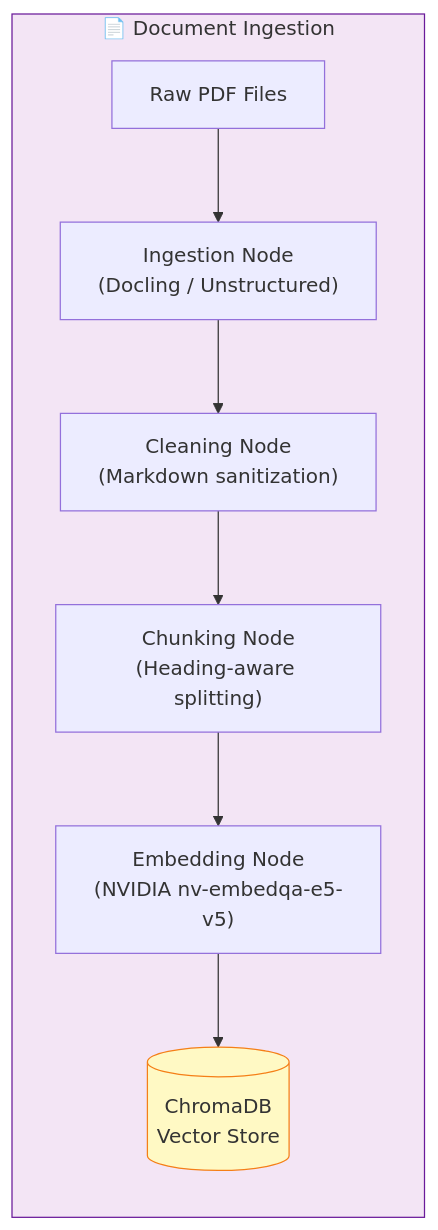
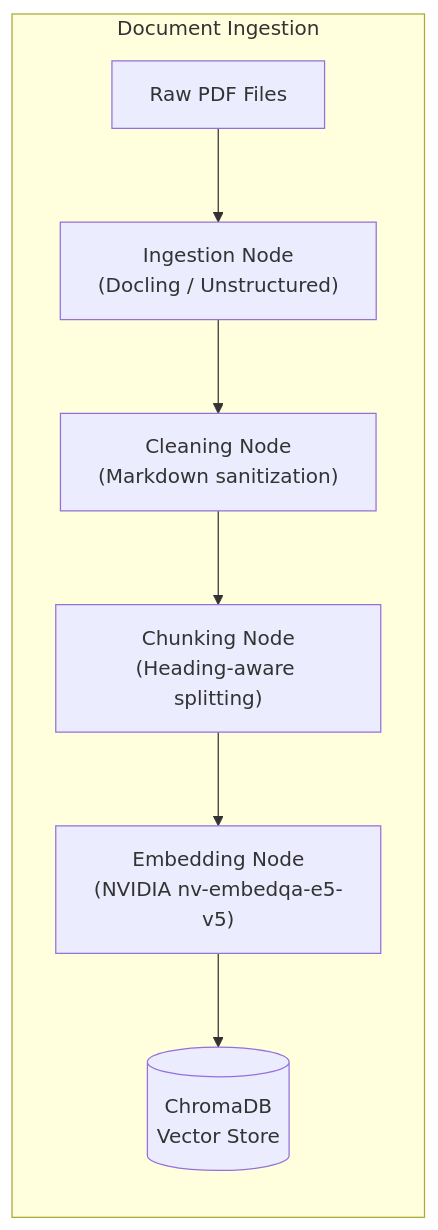
The third of 3 diagrams in README.md (dbosmrt/Maat-AI), drawn with Mermaid before and after one commit. The commit also changed other lines of this file, not shown here.

````diff
--- a/README.md
+++ b/README.md
@@ -140,13 +133,10 @@
 ```mermaid
 flowchart LR
-    subgraph INGEST["📄 Document Ingestion"]
+    subgraph INGEST [" Document Ingestion "]
         PDF["Raw PDF Files"] --> ING["Ingestion Node\n(Docling / Unstructured)"]
         ING --> CLN["Cleaning Node\n(Markdown sanitization)"]
         CLN --> CHK["Chunking Node\n(Heading-aware splitting)"]
         CHK --> EMB["Embedding Node\n(NVIDIA nv-embedqa-e5-v5)"]
         EMB --> VDB[("ChromaDB\nVector Store")]
     end
-
-    style INGEST fill:#F3E5F5,stroke:#6A1B9A
-    style VDB fill:#FFF9C4,stroke:#F57F17
 ```
````
